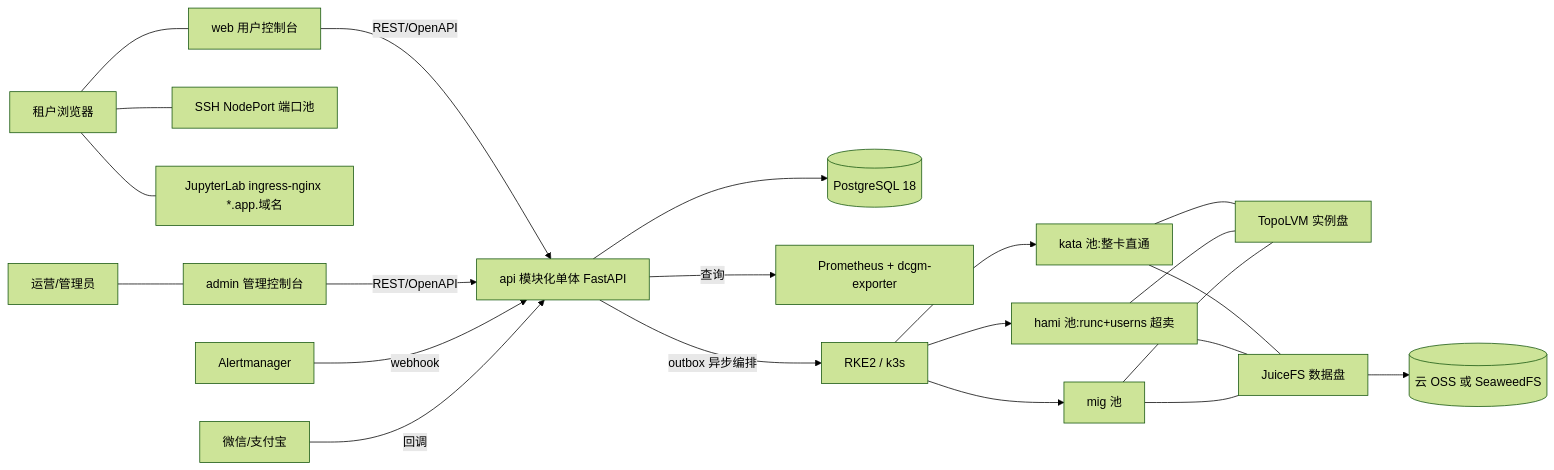
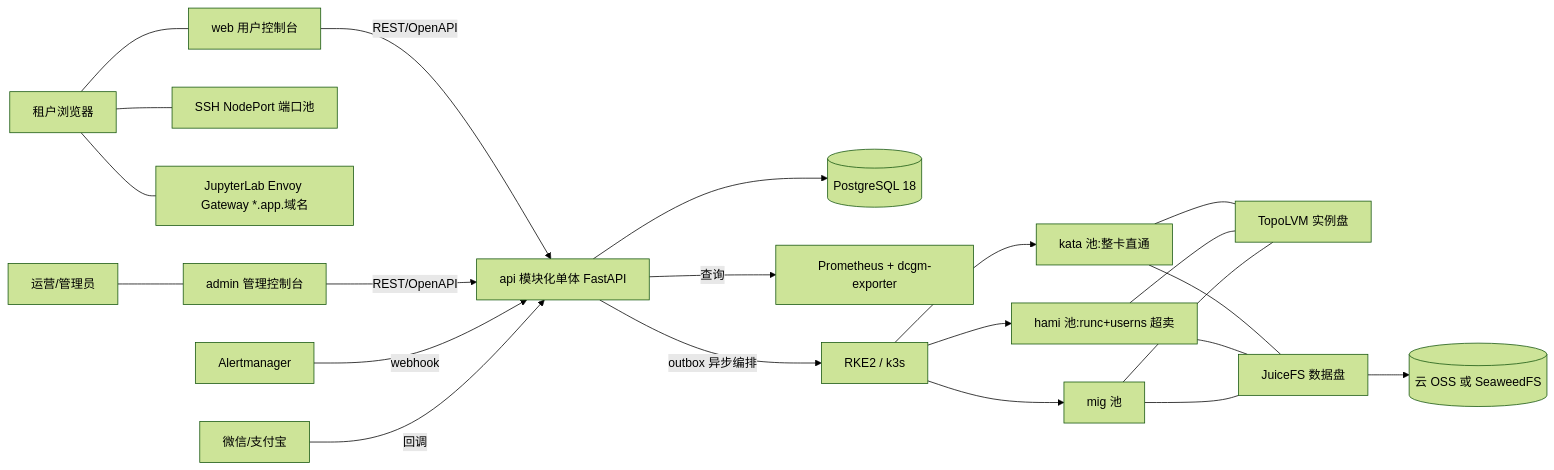
Before and after one commit to cgboy520/superdl: the diagram in docs/architecture.md, drawn with Mermaid (forest theme). The commit also changed other lines of this file and 51 other files, not shown here.

First line of the commit message:
feat: 北向入口迁 Gateway API 与 Envoy Gateway, 替换 ingress-nginx

````diff
--- a/docs/architecture.md
+++ b/docs/architecture.md
@@ -8,14 +8,14 @@
 ```mermaid
 flowchart LR
-    U[租户浏览器] --- W[web 用户控制台] & NP[SSH NodePort 端口池] & ING["JupyterLab ingress-nginx *.app.域名"]
+    U[租户浏览器] --- W[web 用户控制台] & NP[SSH NodePort 端口池] & ING["JupyterLab Envoy Gateway *.app.域名"]
     A[运营/管理员] --- AD[admin 管理控制台]
     W & AD -- REST/OpenAPI --> API[api 模块化单体 FastAPI]
     ALM[Alertmanager] -- webhook --> API
     PAY[微信/支付宝] -- 回调 --> API
     API --> PG[(PostgreSQL 18)]
     API -- 查询 --> PROM[Prometheus + dcgm-exporter]
     API -- outbox 异步编排 --> K8S[RKE2 / k3s]
     K8S --> P1[kata 池:整卡直通] & P2[hami 池:runc+userns 超卖] & P3[mig 池]
     P1 & P2 & P3 --- LVM[TopoLVM 实例盘] & JFS[JuiceFS 数据盘]
     JFS --> OSS[(云 OSS 或 SeaweedFS)]
 ```
````
